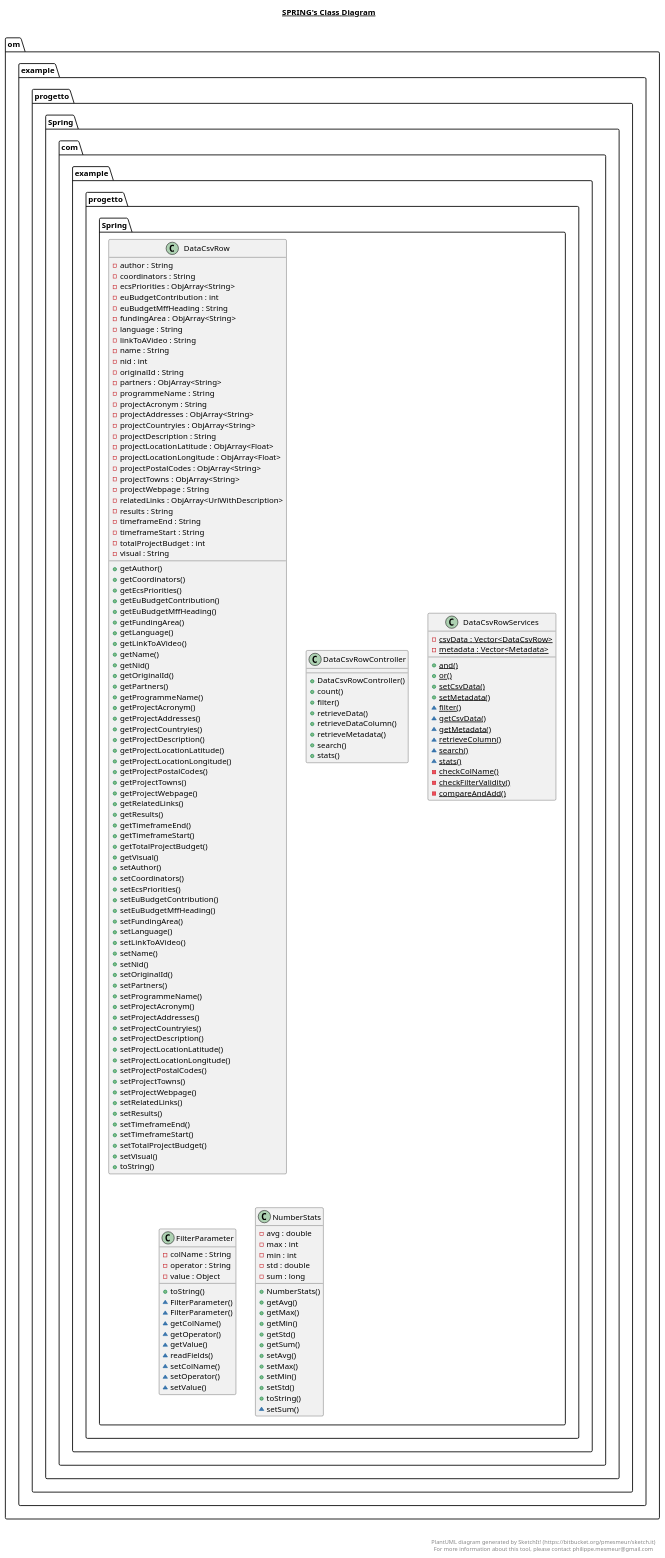
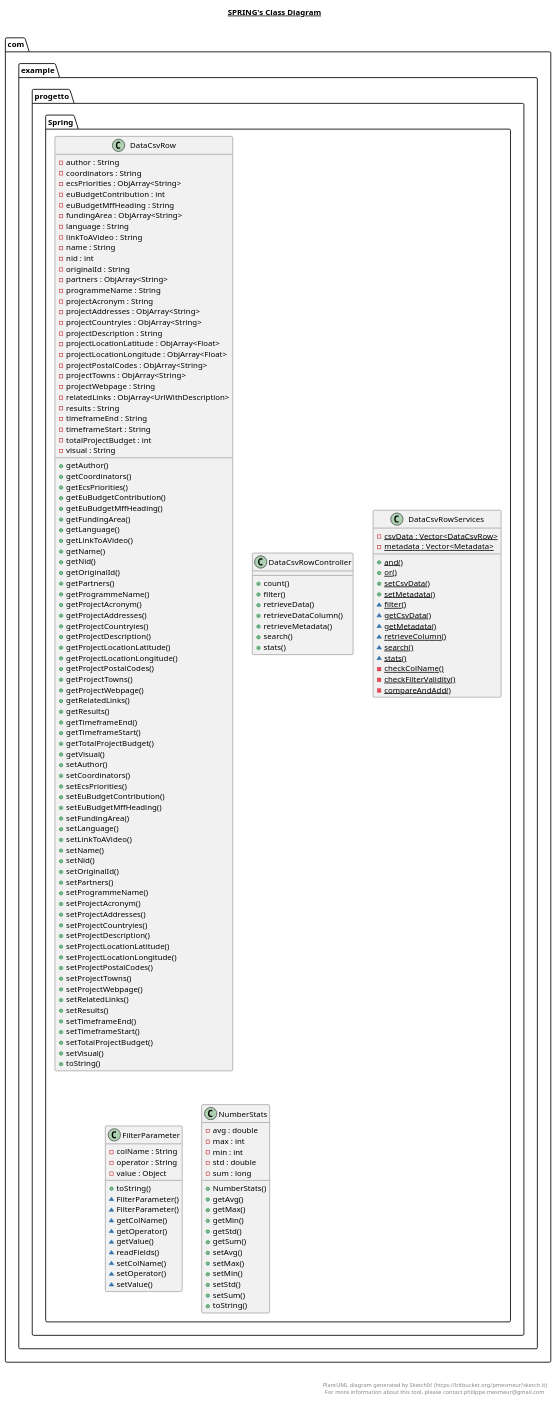
One commit to defo-cris/progetto-programmazione-ad-oggetti-java changed the diagram in src/main/java/com/example/progetto/Spring/Spring.plantuml. Above: the diagram before and after it, drawn with PlantUML. The commit also changed 22 other files, not shown here.

Commit message:
javadoc done, uml done, testing uml on the readme

```diff
--- a/src/main/java/com/example/progetto/Spring/Spring.plantuml
+++ b/src/main/java/com/example/progetto/Spring/Spring.plantuml
@@ -1,190 +1,189 @@
 @startuml
 
 title __SPRING's Class Diagram__\n
 
 
-    namespace om.example.progetto {
+    namespace com.example.progetto {
       namespace Spring {
         class com.example.progetto.Spring.DataCsvRow {
             - author : String
             - coordinators : String
             - ecsPriorities : ObjArray<String>
             - euBudgetContribution : int
             - euBudgetMffHeading : String
             - fundingArea : ObjArray<String>
             - language : String
             - linkToAVideo : String
             - name : String
             - nid : int
             - originalId : String
             - partners : ObjArray<String>
             - programmeName : String
             - projectAcronym : String
             - projectAddresses : ObjArray<String>
             - projectCountryies : ObjArray<String>
             - projectDescription : String
             - projectLocationLatitude : ObjArray<Float>
             - projectLocationLongitude : ObjArray<Float>
             - projectPostalCodes : ObjArray<String>
             - projectTowns : ObjArray<String>
             - projectWebpage : String
             - relatedLinks : ObjArray<UrlWithDescription>
             - results : String
             - timeframeEnd : String
             - timeframeStart : String
             - totalProjectBudget : int
             - visual : String
             + getAuthor()
             + getCoordinators()
             + getEcsPriorities()
             + getEuBudgetContribution()
             + getEuBudgetMffHeading()
             + getFundingArea()
             + getLanguage()
             + getLinkToAVideo()
             + getName()
             + getNid()
             + getOriginalId()
             + getPartners()
             + getProgrammeName()
             + getProjectAcronym()
             + getProjectAddresses()
             + getProjectCountryies()
             + getProjectDescription()
             + getProjectLocationLatitude()
             + getProjectLocationLongitude()
             + getProjectPostalCodes()
             + getProjectTowns()
             + getProjectWebpage()
             + getRelatedLinks()
             + getResults()
             + getTimeframeEnd()
             + getTimeframeStart()
             + getTotalProjectBudget()
             + getVisual()
             + setAuthor()
             + setCoordinators()
             + setEcsPriorities()
             + setEuBudgetContribution()
             + setEuBudgetMffHeading()
             + setFundingArea()
             + setLanguage()
             + setLinkToAVideo()
             + setName()
             + setNid()
             + setOriginalId()
             + setPartners()
             + setProgrammeName()
             + setProjectAcronym()
             + setProjectAddresses()
             + setProjectCountryies()
             + setProjectDescription()
             + setProjectLocationLatitude()
             + setProjectLocationLongitude()
             + setProjectPostalCodes()
             + setProjectTowns()
             + setProjectWebpage()
             + setRelatedLinks()
             + setResults()
             + setTimeframeEnd()
             + setTimeframeStart()
             + setTotalProjectBudget()
             + setVisual()
             + toString()
         }
       }
     }
 
-    namespace om.example.progetto {
+    namespace com.example.progetto {
       namespace Spring {
         class com.example.progetto.Spring.DataCsvRowController {
-            + DataCsvRowController()
             + count()
             + filter()
             + retrieveData()
             + retrieveDataColumn()
             + retrieveMetadata()
             + search()
             + stats()
         }
       }
     }
 
-    namespace om.example.progetto {
+    namespace com.example.progetto {
       namespace Spring {
         class com.example.progetto.Spring.DataCsvRowServices {
             {static} - csvData : Vector<DataCsvRow>
             {static} - metadata : Vector<Metadata>
             {static} + and()
             {static} + or()
             {static} + setCsvData()
             {static} + setMetadata()
             {static} ~ filter()
             {static} ~ getCsvData()
             {static} ~ getMetadata()
             {static} ~ retrieveColumn()
             {static} ~ search()
             {static} ~ stats()
             {static} - checkColName()
             {static} - checkFilterValidity()
             {static} - compareAndAdd()
         }
       }
     }
 
-    namespace om.example.progetto {
+    namespace com.example.progetto {
       namespace Spring {
         class com.example.progetto.Spring.FilterParameter {
             - colName : String
             - operator : String
             - value : Object
             + toString()
             ~ FilterParameter()
             ~ FilterParameter()
             ~ getColName()
             ~ getOperator()
             ~ getValue()
             ~ readFields()
             ~ setColName()
             ~ setOperator()
             ~ setValue()
         }
       }
     }
 
-    namespace om.example.progetto {
+    namespace com.example.progetto {
       namespace Spring {
         class com.example.progetto.Spring.NumberStats {
             - avg : double
             - max : int
             - min : int
             - std : double
             - sum : long
             + NumberStats()
             + getAvg()
             + getMax()
             + getMin()
             + getStd()
             + getSum()
             + setAvg()
             + setMax()
             + setMin()
             + setStd()
+            + setSum()
             + toString()
-            ~ setSum()
         }
       }
     }
 
   
 
 
 
 right footer
 
 
 PlantUML diagram generated by SketchIt! (https://bitbucket.org/pmesmeur/sketch.it)
 For more information about this tool, please contact philippe.mesmeur@gmail.com
 endfooter
 
 @enduml
```
